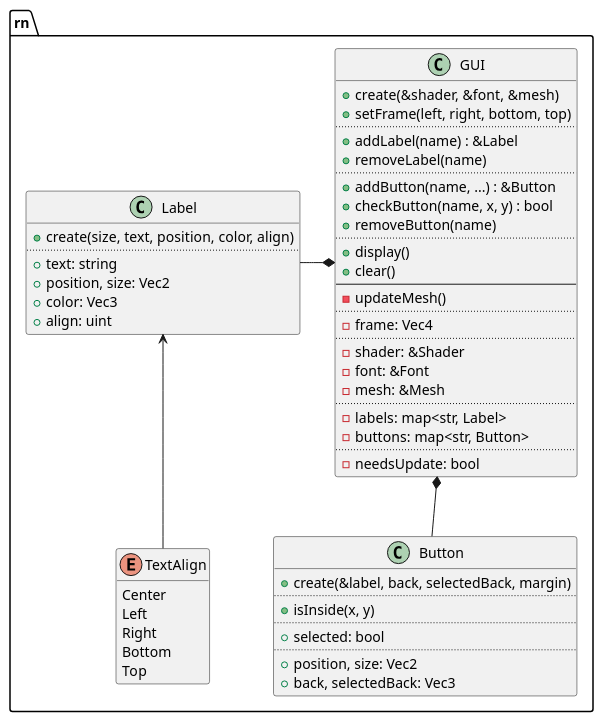
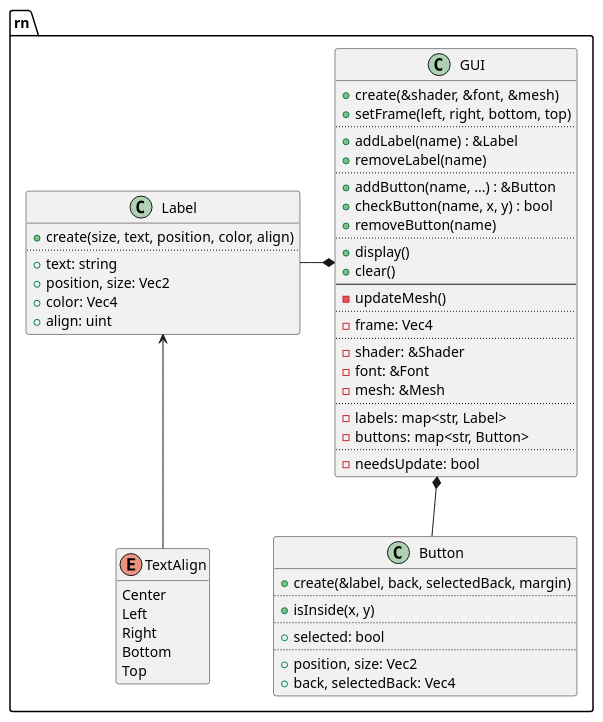
Before and after one commit to ba6er/marblemaze: the diagram in design/uml/gui.puml, drawn with PlantUML. The commit also changed 5 other files, not shown here.

```diff
--- a/design/uml/gui.puml
+++ b/design/uml/gui.puml
@@ -1,66 +1,66 @@
 @startuml
 set separator ::
 
 class rn::GUI {
 	+create(&shader, &font, &mesh)
 	+setFrame(left, right, bottom, top)
 	..
 	+addLabel(name) : &Label
 	+removeLabel(name)
 	..
 	+addButton(name, ...) : &Button
 	+checkButton(name, x, y) : bool
 	+removeButton(name)
 	..
 	+display()
 	+clear()
 	--
 	-updateMesh()
 	..
 	-frame: Vec4
 	..
 	-shader: &Shader
 	-font: &Font
 	-mesh: &Mesh
 	..
 	-labels: map<str, Label>
 	-buttons: map<str, Button>
 	..
 	-needsUpdate: bool
 }
 
 enum rn::TextAlign {
 	Center
 	Left
 	Right
 	Bottom
 	Top
 }
 hide TextAlign methods
 
 class rn::Label {
 	+create(size, text, position, color, align)
 	..
 	+text: string
 	+position, size: Vec2
-	+color: Vec3
+	+color: Vec4
 	+align: uint
 }
 
 class rn::Button {
 	+create(&label, back, selectedBack, margin)
 	..
 	+isInside(x, y)
 	..
 	+selected: bool
 	..
 	+position, size: Vec2
-	+back, selectedBack: Vec3
+	+back, selectedBack: Vec4
 }
 
 Label <-- TextAlign
 
 GUI *-left- Label
 GUI *-down- Button
 
 @enduml
```
